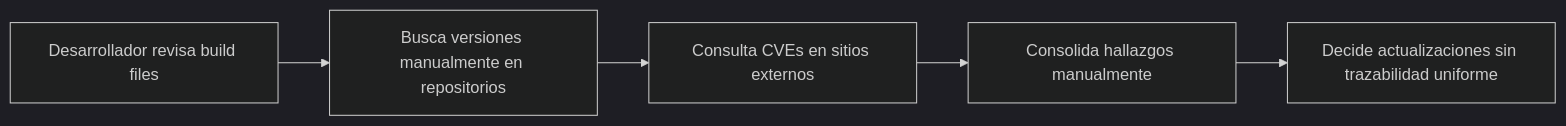
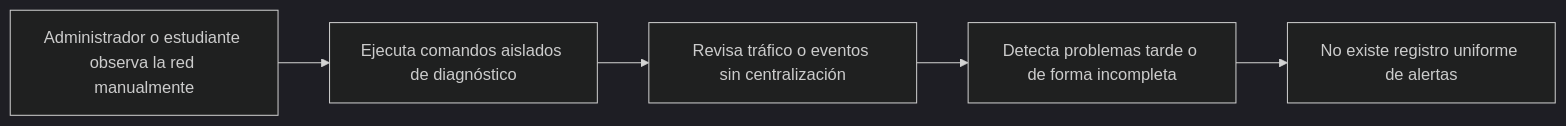
Before and after one commit to diegochara2019065026/proyecto-si784-2026-i-u1-ids: the second of 8 diagrams in docs/FD03-Informe-Especificación Requerimientos.md, drawn with Mermaid (dark theme). The commit also changed other lines of this file, not shown here.

````diff
--- a/docs/FD03-Informe-Especificación Requerimientos.md
+++ b/docs/FD03-Informe-Especificación Requerimientos.md
@@ -182,7 +188,7 @@
 ```mermaid
 flowchart LR
-    A[Desarrollador revisa build files] --> B[Busca versiones manualmente en repositorios]
-    B --> C[Consulta CVEs en sitios externos]
-    C --> D[Consolida hallazgos manualmente]
-    D --> E[Decide actualizaciones sin trazabilidad uniforme]
+    A[Administrador o estudiante observa la red manualmente] --> B[Ejecuta comandos aislados de diagnóstico]
+    B --> C[Revisa tráfico o eventos sin centralización]
+    C --> D[Detecta problemas tarde o de forma incompleta]
+    D --> E[No existe registro uniforme de alertas]
 ```
````
